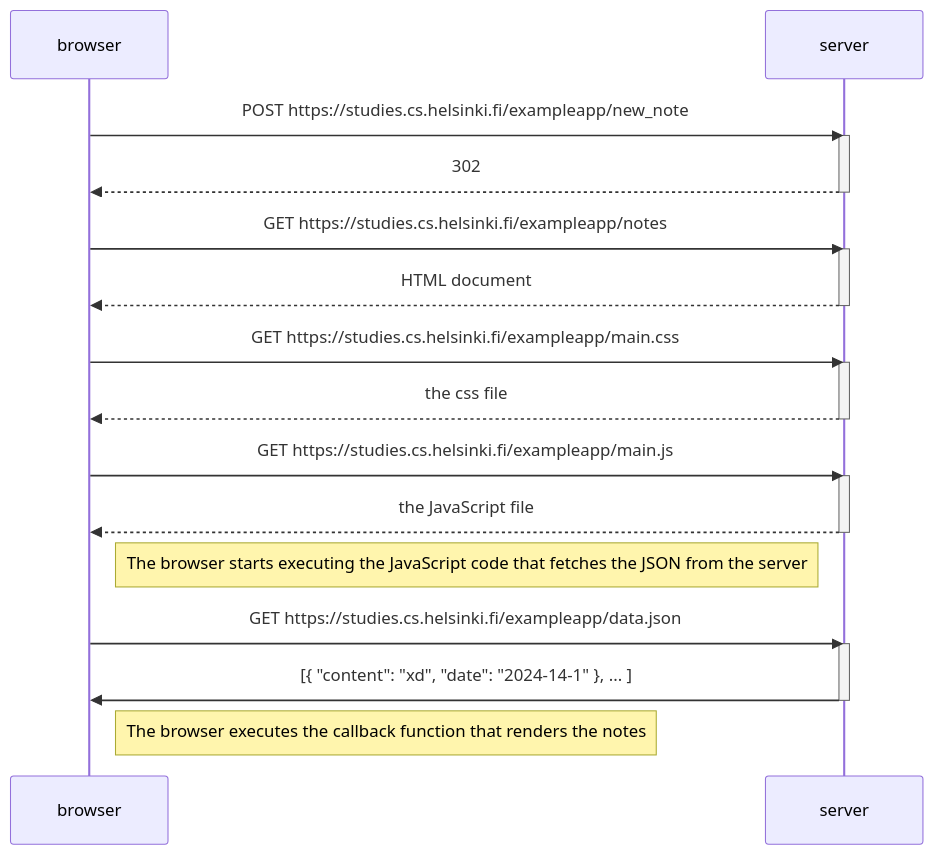
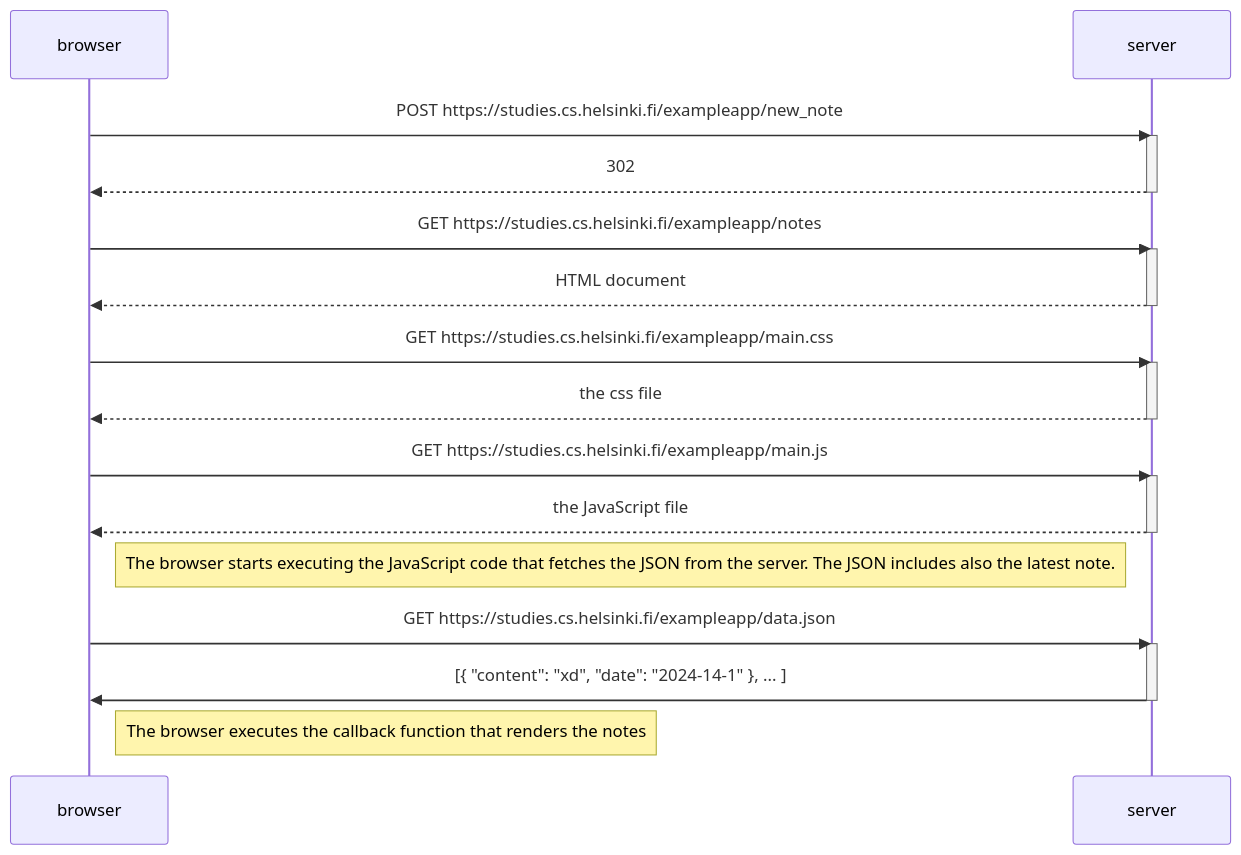
Before and after one commit to Juhok1/Juhosrepository: the diagram in sekvenssikaavio.md, drawn with Mermaid.

````diff
--- a/sekvenssikaavio.md
+++ b/sekvenssikaavio.md
@@ -1,35 +1,35 @@
 ``` mermaid
 sequenceDiagram
     participant browser
     participant server
     
     browser->>server: POST https://studies.cs.helsinki.fi/exampleapp/new_note
     activate server
     server-->>browser: 302 
     deactivate server
     
     browser->>server: GET https://studies.cs.helsinki.fi/exampleapp/notes
     activate server
     server-->>browser: HTML document
     deactivate server
     
     browser->>server: GET https://studies.cs.helsinki.fi/exampleapp/main.css
     activate server
     server-->>browser: the css file
     deactivate server
     
     browser->>server: GET https://studies.cs.helsinki.fi/exampleapp/main.js
     activate server
     server-->>browser: the JavaScript file
     deactivate server    
 
-    Note right of browser: The browser starts executing the JavaScript code that fetches the JSON from the server
+    Note right of browser: The browser starts executing the JavaScript code that fetches the JSON from the server. The JSON includes also the latest note.
 
    
     browser->>server: GET https://studies.cs.helsinki.fi/exampleapp/data.json
     activate server
     server->>browser: [{ "content": "xd", "date": "2024-14-1" }, ... ]
     deactivate server
 
      Note right of browser: The browser executes the callback function that renders the notes
 ```
````
